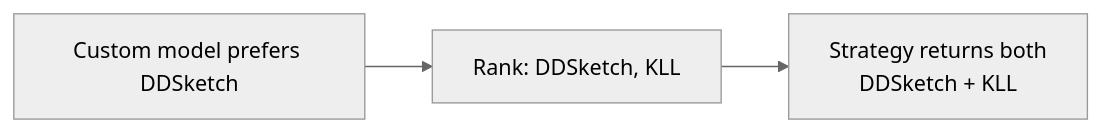
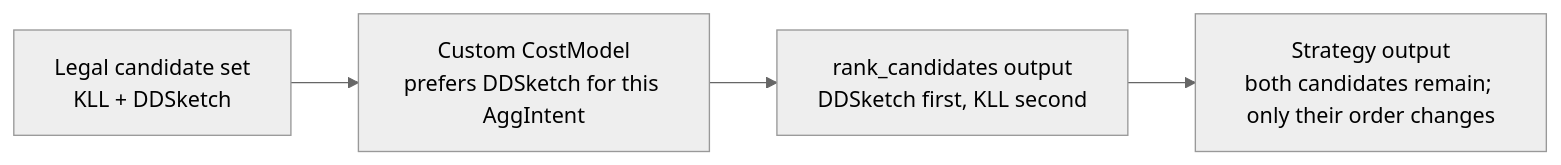
The fourth of 6 diagrams in docs/developer_docs/ASAP-aware-mapping-developer-guide.md (ProjectASAP/ASAPPlanner), drawn with Mermaid (neutral theme) before and after one commit. The commit also changed other lines of this file, not shown here.

Commit message:
docs(asap-aware-mapping): make architecture diagrams self-explanatory

````diff
--- a/docs/developer_docs/ASAP-aware-mapping-developer-guide.md
+++ b/docs/developer_docs/ASAP-aware-mapping-developer-guide.md
@@ -933,5 +950,6 @@
 ```mermaid
 flowchart LR
-  MODEL[Custom model prefers DDSketch] --> ORDER["Rank: DDSketch, KLL"]
-  ORDER --> RESULT["Strategy returns both<br/>DDSketch + KLL"]
+  INPUT["Legal candidate set<br/>KLL + DDSketch"] --> MODEL["Custom CostModel<br/>prefers DDSketch for this AggIntent"]
+  MODEL --> ORDER["rank_candidates output<br/>DDSketch first, KLL second"]
+  ORDER --> RESULT["Strategy output<br/>both candidates remain; only their order changes"]
 ```
````
